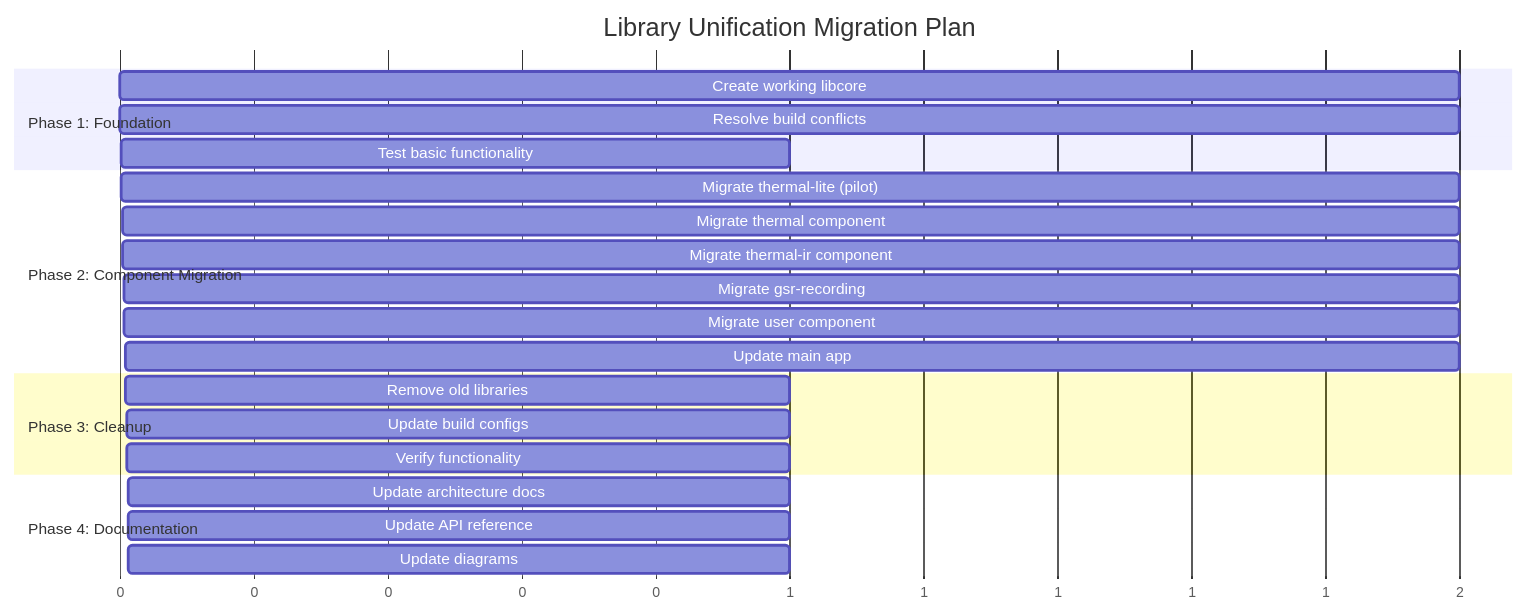
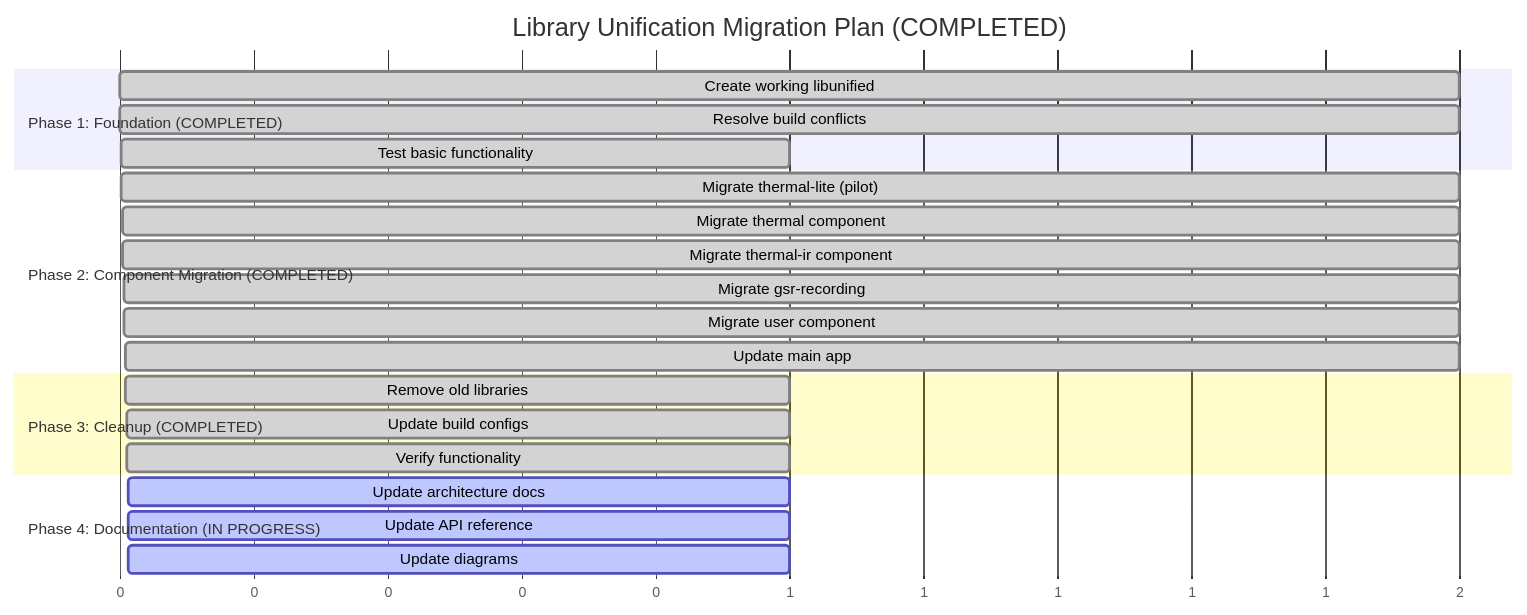
Before and after one commit to uclgsr/IRCamera: the ninth of 13 diagrams in MERMAID_DIAGRAMS.md, drawn with Mermaid. The commit also changed other lines of this file and 7 other files, not shown here.

Commit message:
Remove emojis and update library references from libcore to libunified

````diff
--- a/MERMAID_DIAGRAMS.md
+++ b/MERMAID_DIAGRAMS.md
@@ -488,29 +497,29 @@
 ```mermaid
 gantt
-    title Library Unification Migration Plan
+    title Library Unification Migration Plan (COMPLETED)
     dateFormat X
     axisFormat %s
     
-    section Phase 1: Foundation
-    Create working libcore           :p1, 0, 2
-    Resolve build conflicts          :p2, 1, 2
-    Test basic functionality         :p3, 2, 1
+    section Phase 1: Foundation (COMPLETED)
+    Create working libunified        :done, p1, 0, 2
+    Resolve build conflicts          :done, p2, 1, 2
+    Test basic functionality         :done, p3, 2, 1
     
-    section Phase 2: Component Migration
-    Migrate thermal-lite (pilot)     :p4, 3, 2
-    Migrate thermal component        :p5, 4, 2
-    Migrate thermal-ir component     :p6, 5, 2
-    Migrate gsr-recording            :p7, 6, 2
-    Migrate user component           :p8, 7, 2
-    Update main app                  :p9, 8, 2
+    section Phase 2: Component Migration (COMPLETED)
+    Migrate thermal-lite (pilot)     :done, p4, 3, 2
+    Migrate thermal component        :done, p5, 4, 2
+    Migrate thermal-ir component     :done, p6, 5, 2
+    Migrate gsr-recording            :done, p7, 6, 2
+    Migrate user component           :done, p8, 7, 2
+    Update main app                  :done, p9, 8, 2
     
-    section Phase 3: Cleanup
-    Remove old libraries             :p10, 9, 1
-    Update build configs             :p11, 10, 1
-    Verify functionality             :p12, 11, 1
+    section Phase 3: Cleanup (COMPLETED)
+    Remove old libraries             :done, p10, 9, 1
+    Update build configs             :done, p11, 10, 1
+    Verify functionality             :done, p12, 11, 1
     
-    section Phase 4: Documentation
-    Update architecture docs         :p13, 12, 1
-    Update API reference             :p14, 12, 1
-    Update diagrams                  :p15, 12, 1
+    section Phase 4: Documentation (IN PROGRESS)
+    Update architecture docs         :active, p13, 12, 1
+    Update API reference             :active, p14, 12, 1
+    Update diagrams                  :active, p15, 12, 1
 ```
````
